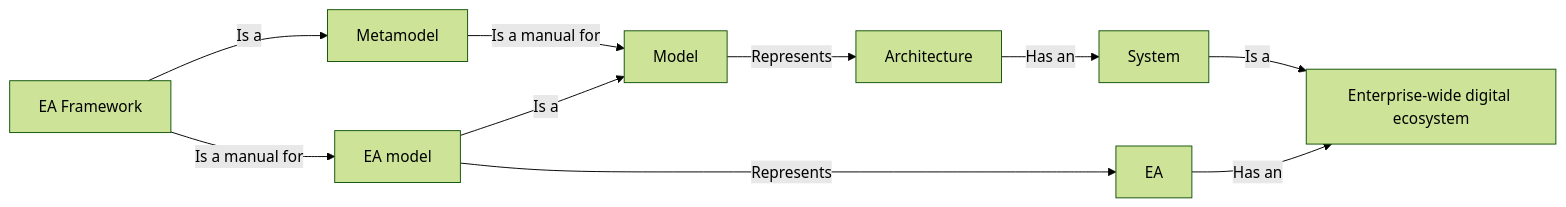
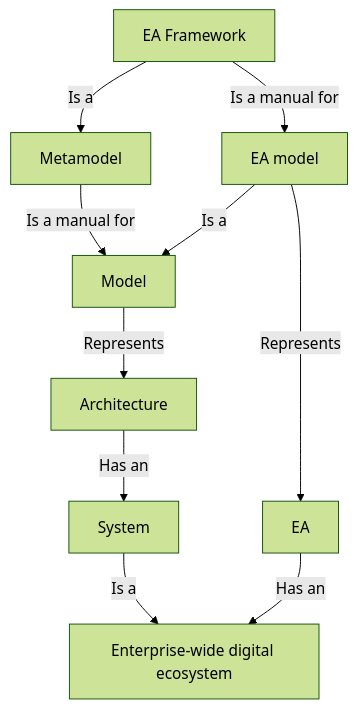
Before and after one commit to mys31f/notes-it-tum: the diagram in management/heilbronn/EAM.md, drawn with Mermaid (forest theme).

````diff
--- a/management/heilbronn/EAM.md
+++ b/management/heilbronn/EAM.md
@@ -2,24 +2,24 @@
 ```mermaid
-flowchart LR
+flowchart TD
   Metamodel[Metamodel]
   Framework[EA Framework]
   Model[Model]
   EAModel[EA model]
   Architecture[Architecture]
   EA[EA]
   System[System]
   Ecosystem[Enterprise‑wide digital ecosystem]
 
   Framework -->|Is a| Metamodel
   Metamodel -->|Is a manual for| Model
   Framework -->|Is a manual for| EAModel
   EAModel -->|Is a| Model
 
   Model -->|Represents| Architecture
   EAModel -->|Represents| EA
 
   Architecture -->|Has an| System
   EA -->|Has an| Ecosystem
 
   System -->|Is a| Ecosystem
 ```
````
